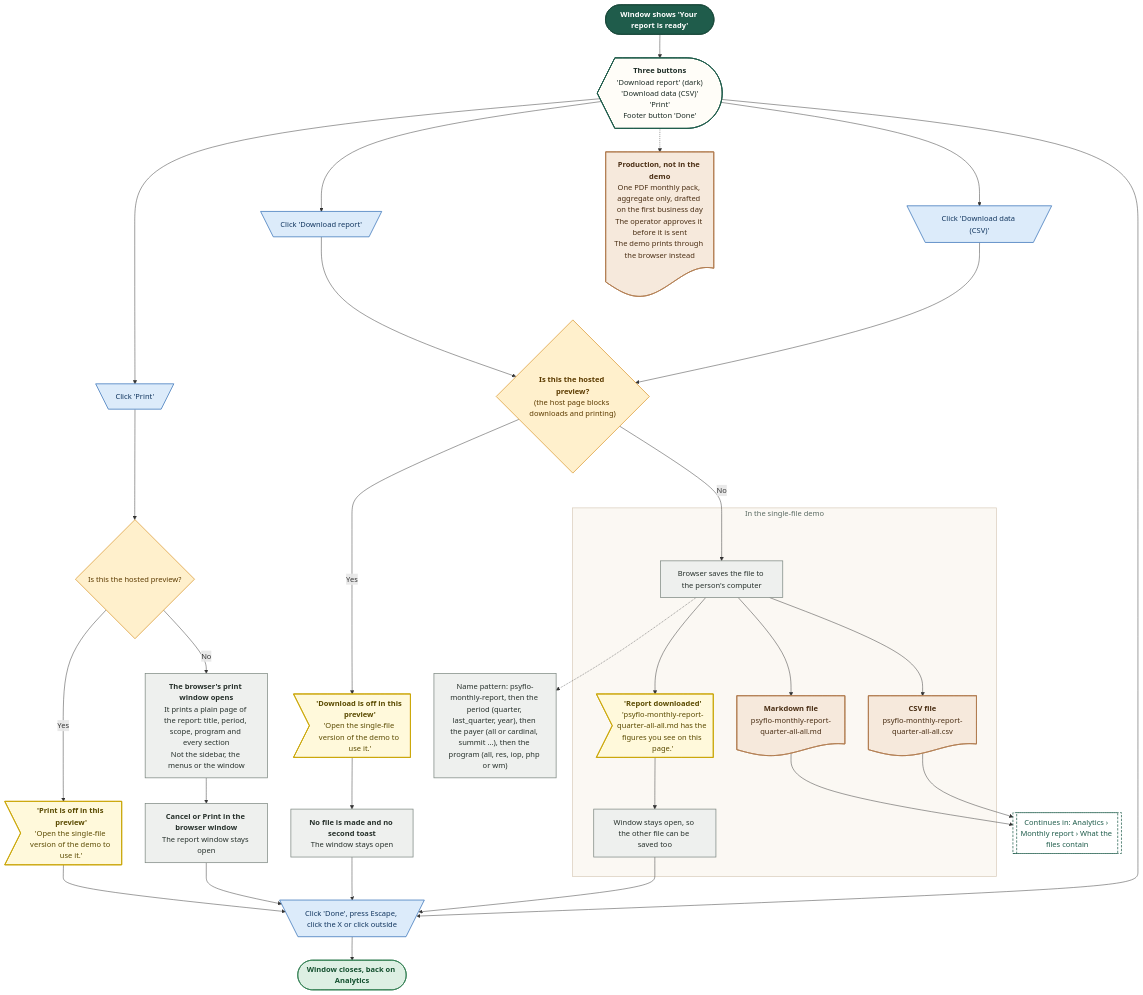
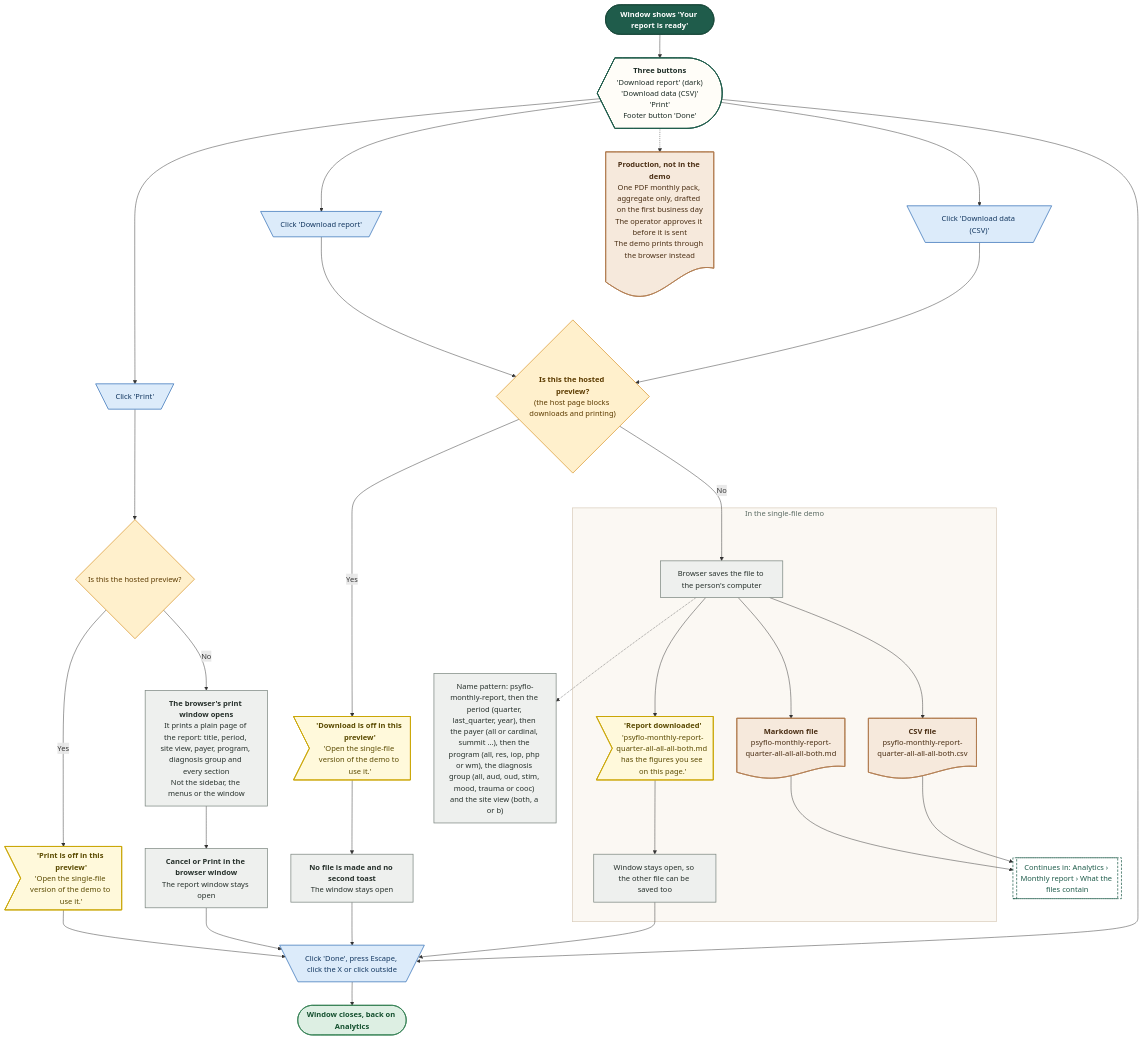
Diagram 17 of 18 in demos/prior-auth-demo/workflows/out/md/08-analytics.md (Shrav143/psyfloapp), drawn with Mermaid before and after one commit. The commit also changed other lines of this file and 251 other files, not shown here.

First line of the commit message:
docs: rebuild the workflow diagrams (291) for round 4

````diff
--- a/demos/prior-auth-demo/workflows/out/md/08-analytics.md
+++ b/demos/prior-auth-demo/workflows/out/md/08-analytics.md
@@ -826,68 +1047,68 @@
 ```mermaid
 %%{init: {"theme":"base","themeVariables":{"fontFamily":"'DM Sans', 'Segoe UI', system-ui, sans-serif","fontSize":"15px","lineColor":"#5B6B63","primaryTextColor":"#1C2B25","clusterBkg":"#FBF8F3","clusterBorder":"#D9CDBB","edgeLabelBackground":"#FFFFFF"},"flowchart":{"curve":"basis","nodeSpacing":36,"rankSpacing":48,"padding":12,"htmlLabels":true,"useMaxWidth":false,"wrappingWidth":230}} }%%
 flowchart TD
   classDef k_start fill:#1F5C4B,stroke:#174638,color:#FFFFFF,stroke-width:1.5px,font-weight:600
   classDef k_end fill:#DDEFE3,stroke:#2E7D4F,color:#14502F,stroke-width:1.5px,font-weight:600
   classDef k_endx fill:#FBE3E0,stroke:#C0392B,color:#7A1F16,stroke-width:1.5px,font-weight:600
   classDef k_screen fill:#FFFDF8,stroke:#1F5C4B,color:#1C2B25,stroke-width:2px
   classDef k_overlay fill:#F1F7F3,stroke:#1F5C4B,color:#1C2B25,stroke-width:2px,stroke-dasharray:5 3
   classDef k_click fill:#DCEBFA,stroke:#2F6DB5,color:#12365F,stroke-width:1.5px
   classDef k_input fill:#E4E7FF,stroke:#4C5FD5,color:#1D2670,stroke-width:1.5px
   classDef k_process fill:#EEF0EE,stroke:#7A857F,color:#26302B,stroke-width:1.5px
   classDef k_agent fill:#EEE5FA,stroke:#7A4FC2,color:#341A63,stroke-width:1.5px
   classDef k_decision fill:#FFF0CC,stroke:#D9962B,color:#5C3B00,stroke-width:1.5px
   classDef k_store fill:#D5F0EA,stroke:#1C8E7B,color:#0B4A3F,stroke-width:1.5px
   classDef k_doc fill:#F6E9DC,stroke:#B07A4C,color:#4A2E14,stroke-width:1.5px
   classDef k_ext fill:#FFE6D2,stroke:#E07B39,color:#6B2F06,stroke-width:1.5px
   classDef k_wait fill:#E4E8EE,stroke:#6B7C93,color:#26303D,stroke-width:1.5px
   classDef k_toast fill:#FFF9DB,stroke:#C9A400,color:#5A4A00,stroke-width:1.5px
   classDef k_goto fill:#FFFFFF,stroke:#1F5C4B,color:#1F5C4B,stroke-width:1.5px,stroke-dasharray:5 3
   s1@{ shape: stadium, label: "Window shows 'Your report is ready'" }
   sc@{ shape: curv-trap, label: "<b>Three buttons</b><br/>'Download report' (dark)<br/>'Download data (CSV)'<br/>'Print'<br/>Footer button 'Done'" }
   c1@{ shape: trap-t, label: "Click 'Download report'" }
   c2@{ shape: trap-t, label: "Click 'Download data (CSV)'" }
   c3@{ shape: trap-t, label: "Click 'Print'" }
   q2@{ shape: diam, label: "Is this the hosted preview?" }
   t3@{ shape: odd, label: "<b>'Print is off in this preview'</b><br/>'Open the single-file version of the demo to use it.'" }
-  pp@{ shape: rect, label: "<b>The browser's print window opens</b><br/>It prints a plain page of the report: title, period, scope, program and every section<br/>Not the sidebar, the menus or the window" }
+  pp@{ shape: rect, label: "<b>The browser's print window opens</b><br/>It prints a plain page of the report: title, period, site view, payer, program, diagnosis group and every section<br/>Not the sidebar, the menus or the window" }
   pq@{ shape: rect, label: "<b>Cancel or Print in the browser window</b><br/>The report window stays open" }
   q1@{ shape: diam, label: "<b>Is this the hosted preview?</b><br/>(the host page blocks downloads and printing)" }
   t1@{ shape: odd, label: "<b>'Download is off in this preview'</b><br/>'Open the single-file version of the demo to use it.'" }
   p0@{ shape: rect, label: "<b>No file is made and no second toast</b><br/>The window stays open" }
   subgraph gFile ["In the single-file demo"]
-  f1@{ shape: doc, label: "<b>Markdown file</b><br/>psyflo-monthly-report-quarter-all-all.md" }
-  f2@{ shape: doc, label: "<b>CSV file</b><br/>psyflo-monthly-report-quarter-all-all.csv" }
+  f1@{ shape: doc, label: "<b>Markdown file</b><br/>psyflo-monthly-report-quarter-all-all-all-both.md" }
+  f2@{ shape: doc, label: "<b>CSV file</b><br/>psyflo-monthly-report-quarter-all-all-all-both.csv" }
   p1@{ shape: rect, label: "Browser saves the file to the person's computer" }
-  t2@{ shape: odd, label: "<b>'Report downloaded'</b><br/>'psyflo-monthly-report-quarter-all-all.md has the figures you see on this page.'" }
+  t2@{ shape: odd, label: "<b>'Report downloaded'</b><br/>'psyflo-monthly-report-quarter-all-all-all-both.md has the figures you see on this page.'" }
   p2@{ shape: rect, label: "Window stays open, so the other file can be saved too" }
   end
-  n1@{ shape: rect, label: "Name pattern: psyflo-monthly-report, then the period (quarter, last_quarter, year), then the payer (all or cardinal, summit ...), then the program (all, res, iop, php or wm)" }
+  n1@{ shape: rect, label: "Name pattern: psyflo-monthly-report, then the period (quarter, last_quarter, year), then the payer (all or cardinal, summit ...), then the program (all, res, iop, php or wm), the diagnosis group (all, aud, oud, stim, mood, trauma or cooc) and the site view (both, a or b)" }
   d1@{ shape: doc, label: "<b>Production, not in the demo</b><br/>One PDF monthly pack, aggregate only, drafted on the first business day<br/>The operator approves it before it is sent<br/>The demo prints through the browser instead" }
   k1@{ shape: trap-t, label: "Click 'Done', press Escape, click the X or click outside" }
   e1@{ shape: stadium, label: "Window closes, back on Analytics" }
   g1@{ shape: subproc, label: "Continues in: Analytics › Monthly report › What the files contain" }
   s1 --> sc
   sc --> c1 & c2 & c3
   c3 --> q2
   q2 -->|"Yes"| t3 --> k1
   q2 -->|"No"| pp --> pq --> k1
   c1 & c2 --> q1
   q1 -->|"Yes"| t1 --> p0 --> k1
   q1 -->|"No"| p1 --> t2 --> p2 --> k1
   p1 --> f1 & f2
   p1 -.-> n1
   f1 & f2 --> g1
   sc --> k1
   k1 --> e1
   sc -.-> d1
   class s1 k_start
   class sc k_screen
   class c1,c2,c3,k1 k_click
   class q2,q1 k_decision
   class t3,t1,t2 k_toast
   class pp,pq,p0,p1,p2,n1 k_process
   class f1,f2,d1 k_doc
   class e1 k_end
   class g1 k_goto
   style gFile fill:#FBF8F3,stroke:#D9CDBB,stroke-width:1.5px,color:#5B6B63
 ```
````
